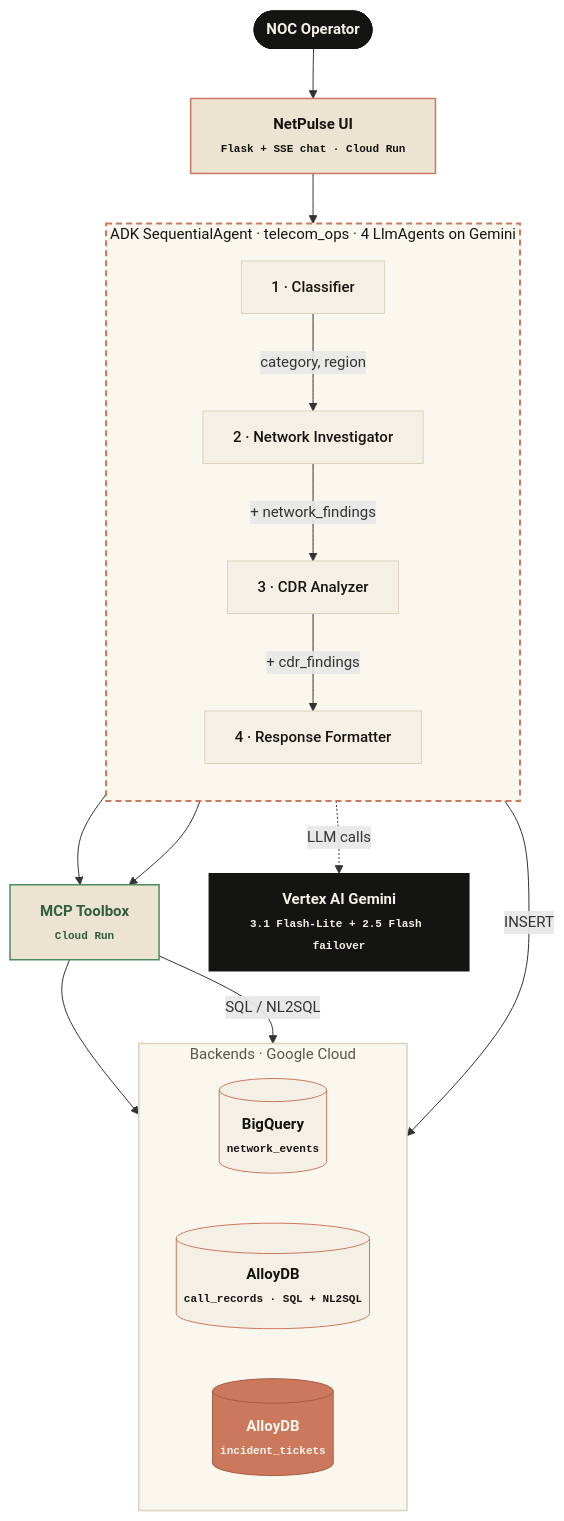
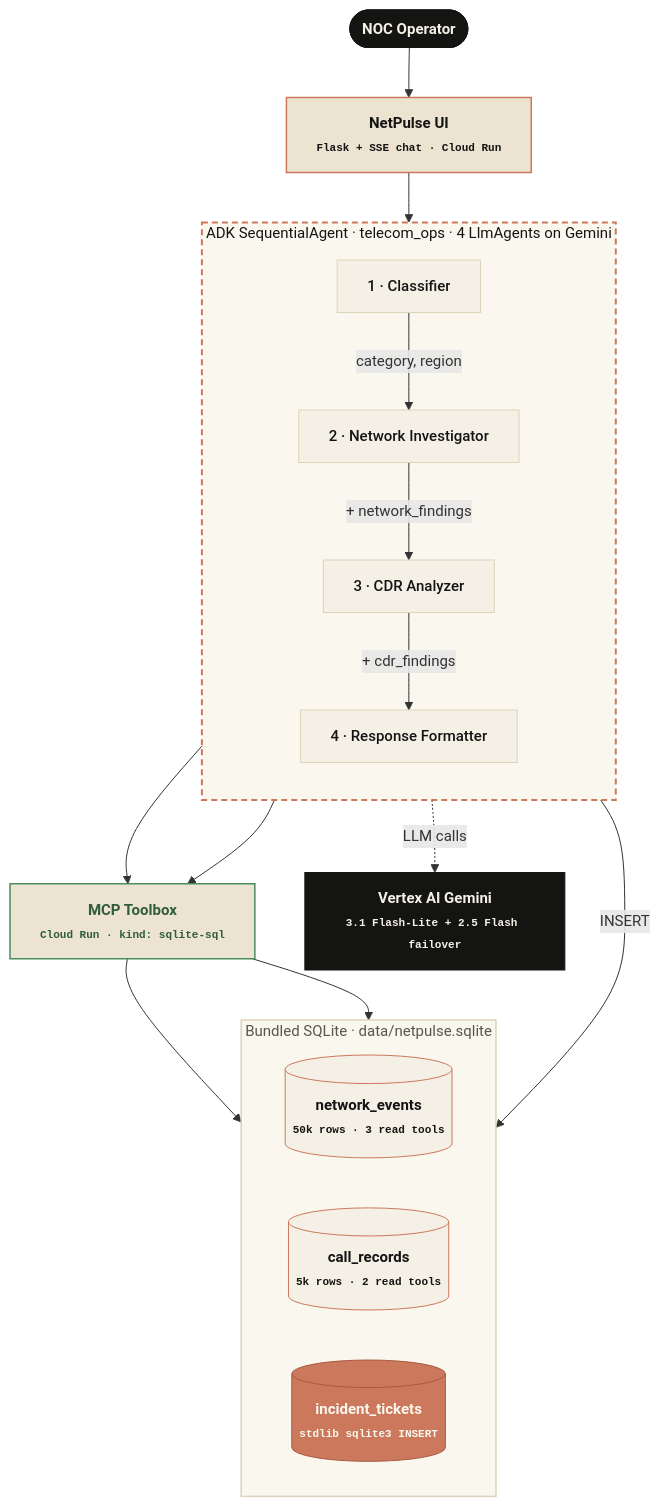
The diagram in docs/architecture.mmd (adityonugrohoid/hackathon-telecom-ops), drawn with Mermaid before and after one commit. The commit also changed 36 other files, not shown here.

First line of the commit message:
feat: SQLite reconstitution + live Cloud Run deploy (#27)

```diff
--- a/docs/architecture.mmd
+++ b/docs/architecture.mmd
@@ -1,53 +1,52 @@
 %%{init: {"flowchart": {"htmlLabels": true, "curve": "basis"}, "themeVariables": {"fontSize": "15px", "fontFamily": "Inter, -apple-system, Segoe UI, sans-serif"}}}%%
 flowchart TB
     User([NOC Operator])
     UI["NetPulse UI<br/><span style='font-size:11px;font-weight:400;font-family:JetBrains Mono,monospace'>Flask + SSE chat &middot; Cloud Run</span>"]
 
     subgraph ORCH["ADK SequentialAgent &middot; telecom_ops &middot; 4 LlmAgents on Gemini"]
         direction TB
         A1["1 &middot; Classifier"]
         A2["2 &middot; Network Investigator"]
         A3["3 &middot; CDR Analyzer"]
         A4["4 &middot; Response Formatter"]
         A1 -- "category, region" --> A2
         A2 -- "+ network_findings" --> A3
         A3 -- "+ cdr_findings" --> A4
     end
 
-    MCP["MCP Toolbox<br/><span style='font-size:11px;font-weight:400;font-family:JetBrains Mono,monospace'>Cloud Run</span>"]
+    MCP["MCP Toolbox<br/><span style='font-size:11px;font-weight:400;font-family:JetBrains Mono,monospace'>Cloud Run &middot; kind: sqlite-sql</span>"]
 
-    subgraph DATA["Backends &middot; Google Cloud"]
+    subgraph DATA["Bundled SQLite &middot; data/netpulse.sqlite"]
         direction LR
-        BQ[("BigQuery<br/><span style='font-size:11px;font-weight:400;font-family:JetBrains Mono,monospace'>network_events</span>")]
-        ADB1[("AlloyDB<br/><span style='font-size:11px;font-weight:400;font-family:JetBrains Mono,monospace'>call_records &middot; SQL + NL2SQL</span>")]
-        ADB2[("AlloyDB<br/><span style='font-size:11px;font-weight:400;font-family:JetBrains Mono,monospace'>incident_tickets</span>")]
+        SQ1[("network_events<br/><span style='font-size:11px;font-weight:400;font-family:JetBrains Mono,monospace'>50k rows &middot; 3 read tools</span>")]
+        SQ2[("call_records<br/><span style='font-size:11px;font-weight:400;font-family:JetBrains Mono,monospace'>5k rows &middot; 2 read tools</span>")]
+        SQ3[("incident_tickets<br/><span style='font-size:11px;font-weight:400;font-family:JetBrains Mono,monospace'>stdlib sqlite3 INSERT</span>")]
     end
 
     Vertex["Vertex AI Gemini<br/><span style='font-size:11px;font-weight:400;font-family:JetBrains Mono,monospace'>3.1 Flash-Lite + 2.5 Flash failover</span>"]
 
     User --> UI --> A1
-    A2 --> MCP --> BQ
-    A3 --> MCP
-    MCP -- "SQL / NL2SQL" --> ADB1
-    A4 -- "INSERT" --> ADB2
+    A2 --> MCP --> SQ1
+    A3 --> MCP --> SQ2
+    A4 -- "INSERT" --> SQ3
     ORCH -. "LLM calls" .-> Vertex
 
     %% NetPulse palette: cream paper, deep ink, clay coral accent, pandan green
     classDef user        fill:#141413,stroke:#141413,color:#F4F0E6,font-weight:600
     classDef fe          fill:#ECE4D1,stroke:#CC785C,color:#141413,font-weight:600,stroke-width:1.5px
     classDef adk         fill:#F4F0E6,stroke:#DDD3BB,color:#141413,font-weight:500
     classDef mcp         fill:#ECE4D1,stroke:#4a8c5e,color:#2f5d3d,font-weight:600,stroke-width:1.5px
-    classDef alloydb     fill:#F4F0E6,stroke:#CC785C,color:#141413,font-weight:600
-    classDef alloydbWrite fill:#CC785C,stroke:#A85B40,color:#FAF7EE,font-weight:600
+    classDef sqlite      fill:#F4F0E6,stroke:#CC785C,color:#141413,font-weight:600
+    classDef sqliteWrite fill:#CC785C,stroke:#A85B40,color:#FAF7EE,font-weight:600
     classDef vertex      fill:#141413,stroke:#141413,color:#F4F0E6,font-weight:600
 
     class User user
     class UI fe
     class A1,A2,A3,A4 adk
     class MCP mcp
-    class BQ,ADB1 alloydb
-    class ADB2 alloydbWrite
+    class SQ1,SQ2 sqlite
+    class SQ3 sqliteWrite
     class Vertex vertex
 
     style ORCH fill:#FAF7EE,stroke:#CC785C,stroke-width:2px,stroke-dasharray:6 4,color:#141413
     style DATA fill:#FAF7EE,stroke:#DDD3BB,stroke-width:1.5px,color:#5A554D
```
